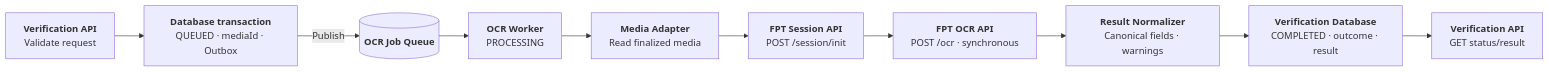
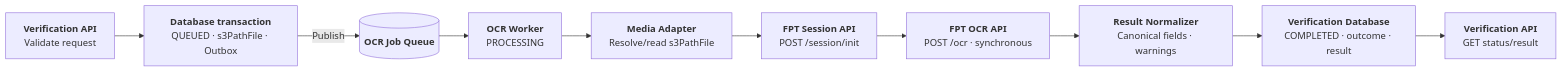
The third of 5 diagrams in noxh.md (huynv-xyz/vhm), drawn with Mermaid before and after one commit. The commit also changed other lines of this file, not shown here.

````diff
--- a/noxh.md
+++ b/noxh.md
@@ -190,26 +204,26 @@
 ```mermaid
 flowchart LR
     API["`**Verification API**
 Validate request`"]
     ACCEPT["`**Database transaction**
-QUEUED · mediaId · Outbox`"]
+QUEUED · s3PathFile · Outbox`"]
     QUEUE[("`**OCR Job Queue**`")]
     WORKER["`**OCR Worker**
 PROCESSING`"]
     READ["`**Media Adapter**
-Read finalized media`"]
+Resolve/read s3PathFile`"]
     INIT["`**FPT Session API**
 POST /session/init`"]
     OCR["`**FPT OCR API**
 POST /ocr · synchronous`"]
     NORMALIZE["`**Result Normalizer**
 Canonical fields · warnings`"]
     DONE["`**Verification Database**
 COMPLETED · outcome · result`"]
     STATUS["`**Verification API**
 GET status/result`"]
 
     API --> ACCEPT -->|"Publish"| QUEUE --> WORKER
     WORKER --> READ --> INIT --> OCR --> NORMALIZE --> DONE
     DONE --> STATUS
 ```
````
